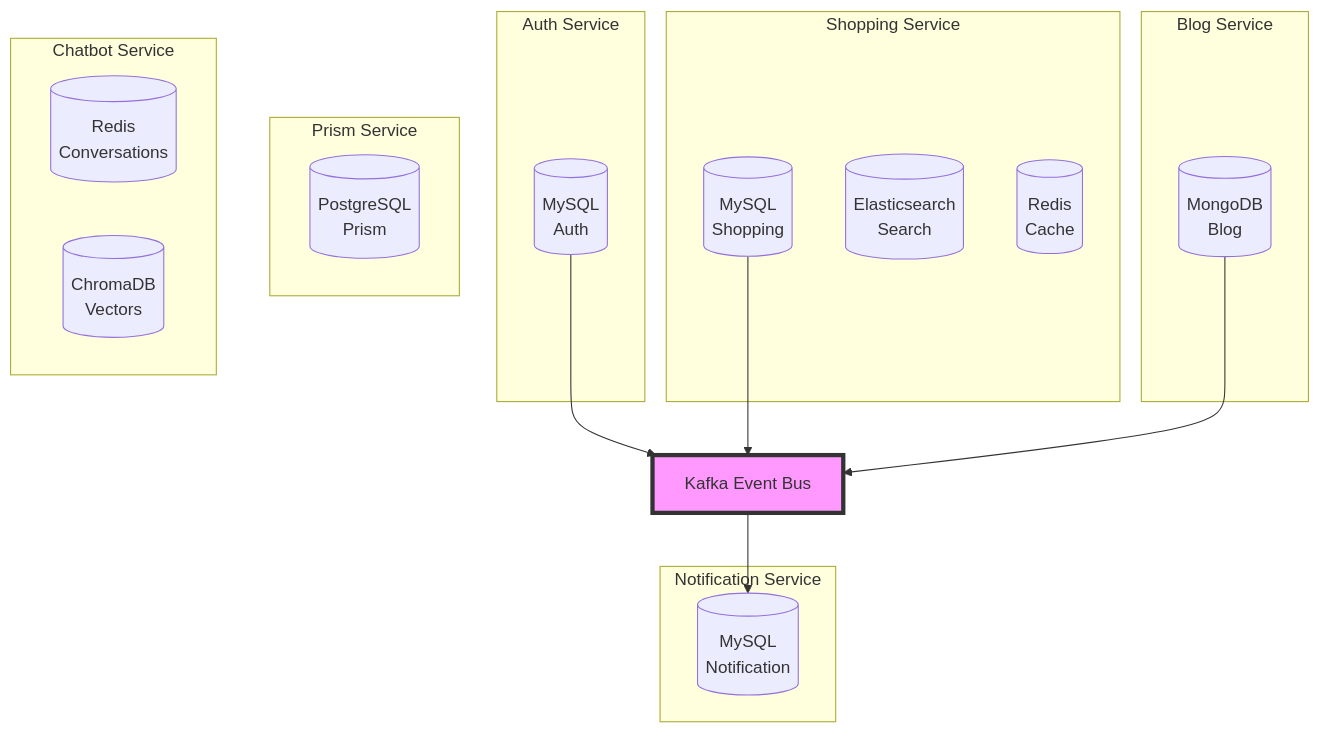
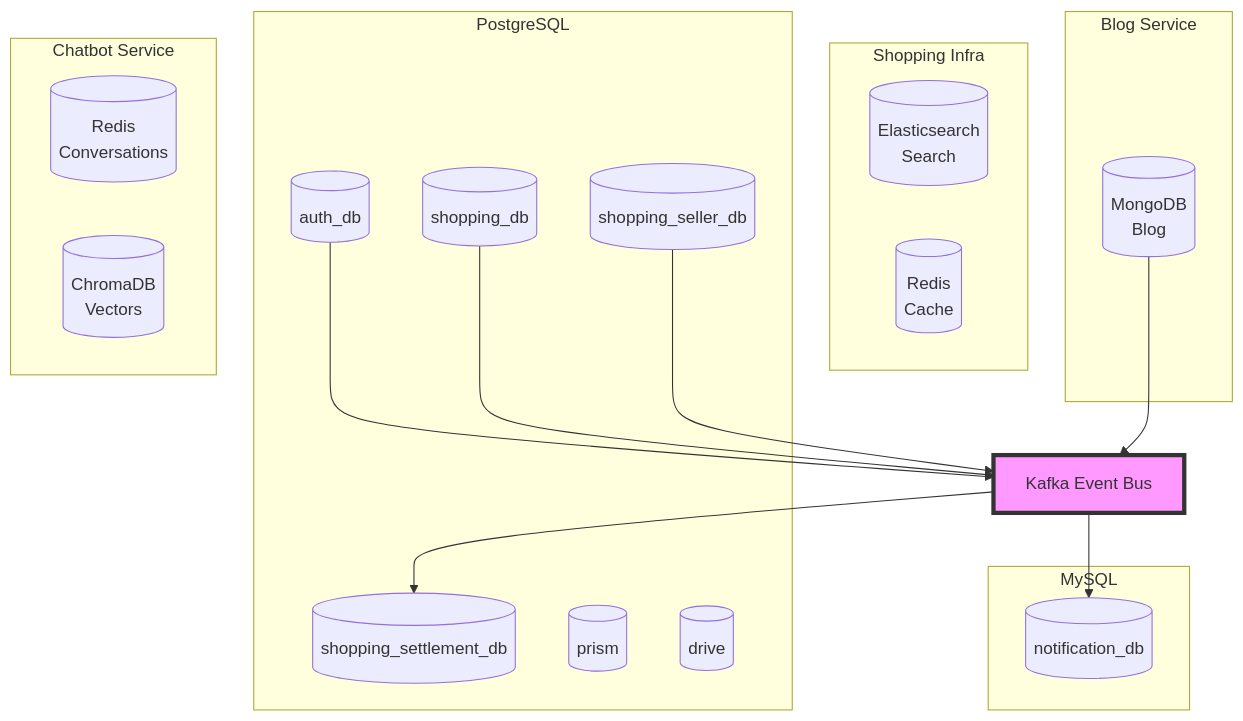
Before and after one commit to L-a-z-e/portal-universe: the diagram in docs/architecture/database/erd-overview.md, drawn with Mermaid. The commit also changed other lines of this file and 5 other files, not shown here.

First line of the commit message:
docs(database): update schema docs for MySQL to PostgreSQL migration

````diff
--- a/docs/architecture/database/erd-overview.md
+++ b/docs/architecture/database/erd-overview.md
@@ -21,38 +24,40 @@
 ```mermaid
 graph TB
-    subgraph "Auth Service"
-        AuthDB[(MySQL<br/>Auth)]
+    subgraph "PostgreSQL"
+        AuthDB[(auth_db)]
+        ShoppingDB[(shopping_db)]
+        SellerDB[(shopping_seller_db)]
+        SettlementDB[(shopping_settlement_db)]
+        PrismDB[(prism)]
+        DriveDB[(drive)]
     end
 
-    subgraph "Shopping Service"
-        ShoppingDB[(MySQL<br/>Shopping)]
+    subgraph "MySQL"
+        NotificationDB[(notification_db)]
+    end
+
+    subgraph "Shopping Infra"
         ShoppingES[(Elasticsearch<br/>Search)]
         ShoppingRedis[(Redis<br/>Cache)]
     end
 
     subgraph "Blog Service"
         BlogDB[(MongoDB<br/>Blog)]
-    end
-
-    subgraph "Notification Service"
-        NotificationDB[(MySQL<br/>Notification)]
-    end
-
-    subgraph "Prism Service"
-        PrismDB[(PostgreSQL<br/>Prism)]
     end
 
     subgraph "Chatbot Service"
         ChatbotRedis[(Redis<br/>Conversations)]
         ChatbotChroma[(ChromaDB<br/>Vectors)]
     end
 
     Kafka[Kafka Event Bus]
 
     AuthDB --> Kafka
     ShoppingDB --> Kafka
+    SellerDB --> Kafka
     BlogDB --> Kafka
     Kafka --> NotificationDB
+    Kafka --> SettlementDB
 
     style Kafka fill:#f9f,stroke:#333,stroke-width:4px
 ```
````
